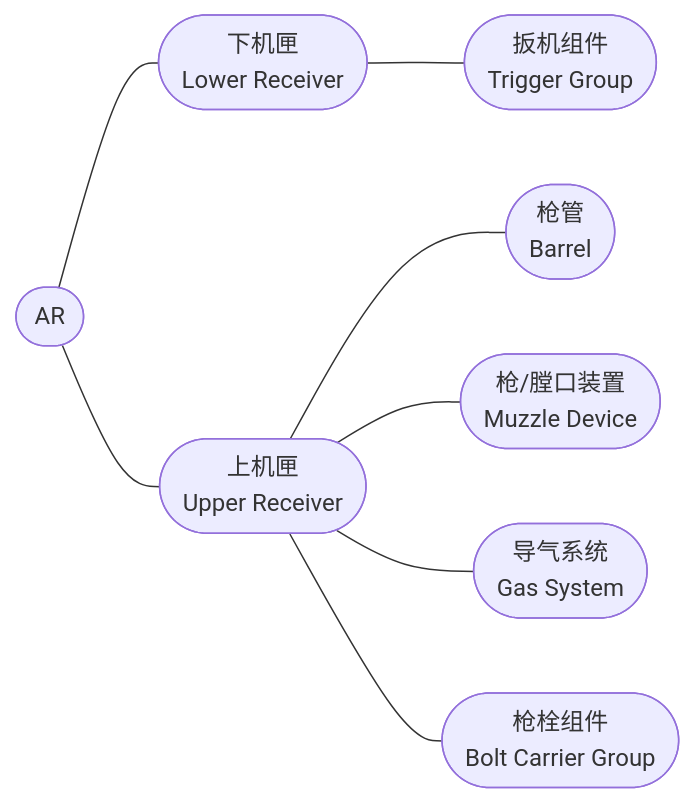
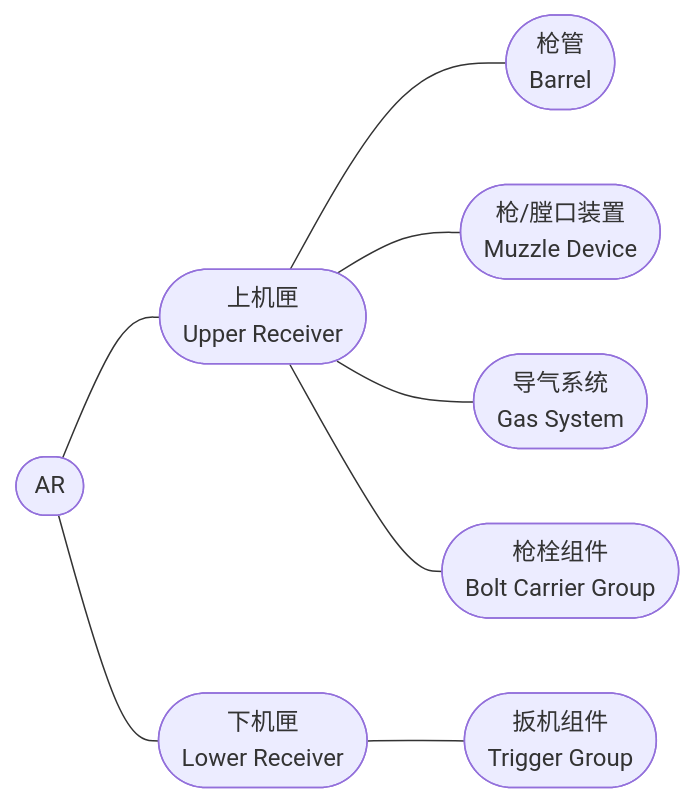
Before and after one commit to seraphdoo/BuildingGun: the diagram in README.md, drawn with Mermaid. The commit also changed other lines of this file, not shown here.

````diff
--- a/README.md
+++ b/README.md
@@ -3,26 +3,26 @@
 ```mermaid
 
 graph LR;
   ar([AR]);
   up([上机匣
   Upper Receiver]);
   lo([下机匣
   Lower Receiver]);
   barr([枪管
   Barrel]);
   muzz([枪/膛口装置
   Muzzle Device]);
   gas([导气系统
   Gas System]);
   bolt([枪栓组件
   Bolt Carrier Group]);
   trig([扳机组件
   Trigger Group]);
+  ar --- up;
   ar --- lo;
-  ar --- up;
   up --- barr;
   up --- muzz;
   up --- gas;
   up --- bolt;
   lo --- trig;
 ```
````
